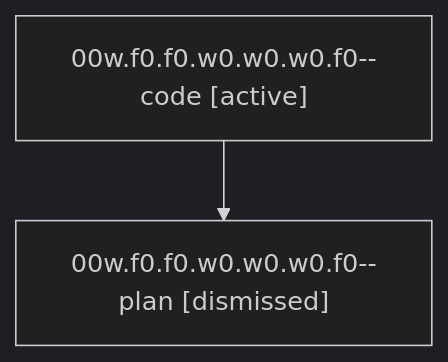
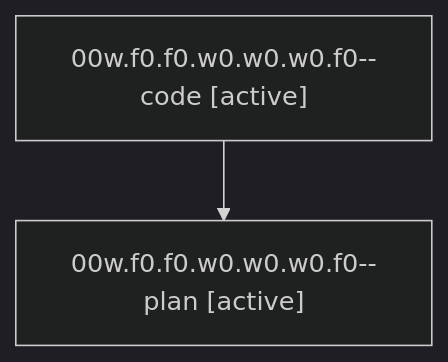
The diagram in families/bbugyi200.athena.00w.f0.f0.w0.w0.w0.f0.md (bobs-org/bob-cli--agents), drawn with Mermaid (dark theme) before and after one commit. The commit also changed other lines of this file and 1279 other files, not shown here.

````diff
--- a/families/bbugyi200.athena.00w.f0.f0.w0.w0.w0.f0.md
+++ b/families/bbugyi200.athena.00w.f0.f0.w0.w0.w0.f0.md
@@ -9,6 +9,6 @@
 ```mermaid
 flowchart TD
   n0["00w.f0.f0.w0.w0.w0.f0--code [active]"]
-  n1["00w.f0.f0.w0.w0.w0.f0--plan [dismissed]"]
+  n1["00w.f0.f0.w0.w0.w0.f0--plan [active]"]
   n0 --> n1
 ```
````
